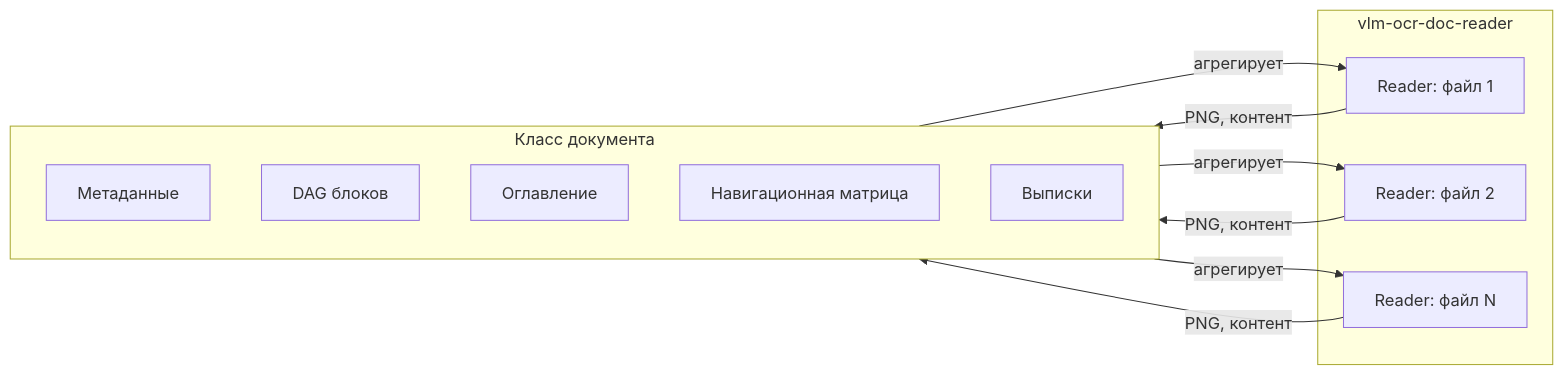
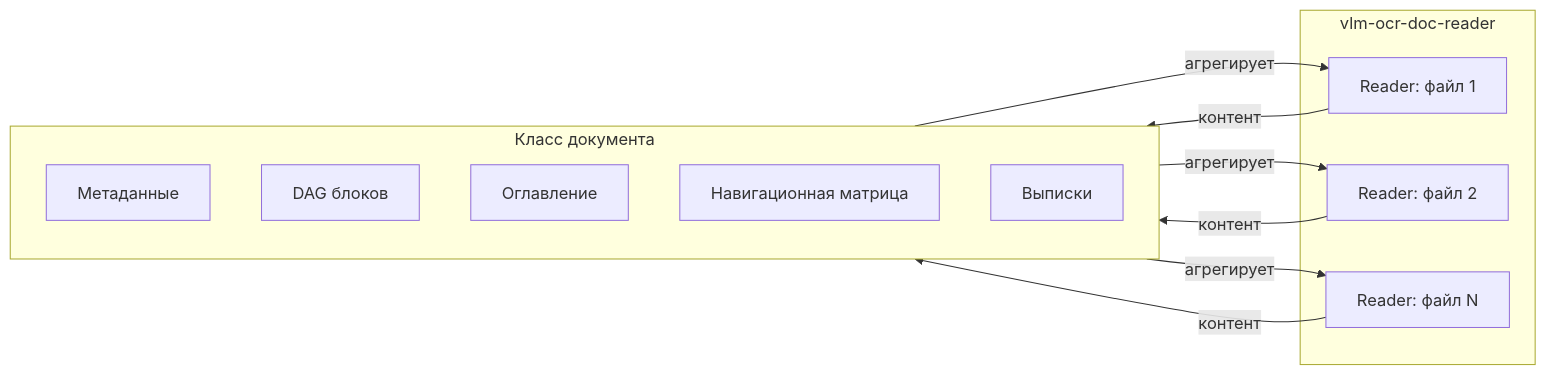
Before and after one commit to Dieugene/agentic-doc-processing: the second of 3 diagrams in 00_docs/architecture/ADPS_Architecture_L1.md, drawn with Mermaid.

Commit message:
Architecture L1 add

````diff
--- a/00_docs/architecture/ADPS_Architecture_L1.md
+++ b/00_docs/architecture/ADPS_Architecture_L1.md
@@ -224,24 +224,24 @@
 ```mermaid
 flowchart LR
     subgraph doc["Класс документа"]
         META[Метаданные]
         DAG[DAG блоков]
         TOC[Оглавление]
         MATRIX[Навигационная матрица]
         EXTRACTS[Выписки]
     end
     
     subgraph readers["vlm-ocr-doc-reader"]
         R1[Reader: файл 1]
         R2[Reader: файл 2]
         RN[Reader: файл N]
     end
     
     doc -->|агрегирует| R1
     doc -->|агрегирует| R2
     doc -->|агрегирует| RN
     
-    R1 -->|PNG, контент| doc
-    R2 -->|PNG, контент| doc
-    RN -->|PNG, контент| doc
+    R1 -->|контент| doc
+    R2 -->|контент| doc
+    RN -->|контент| doc
 ```
````
